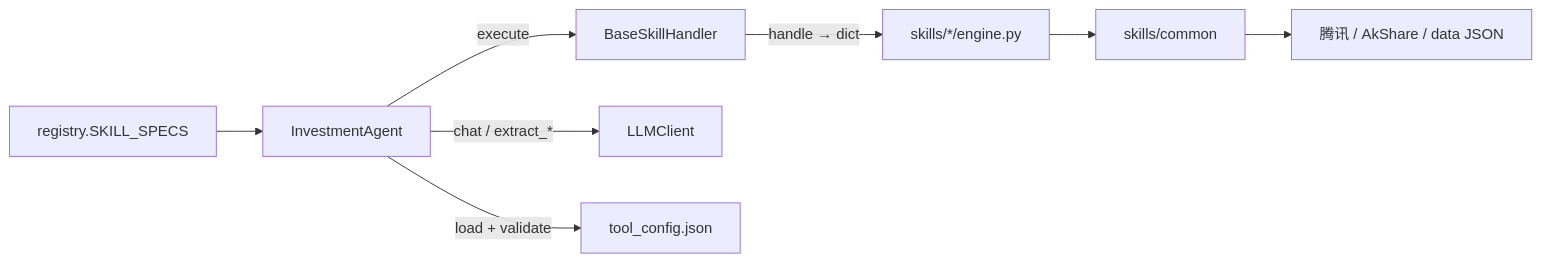
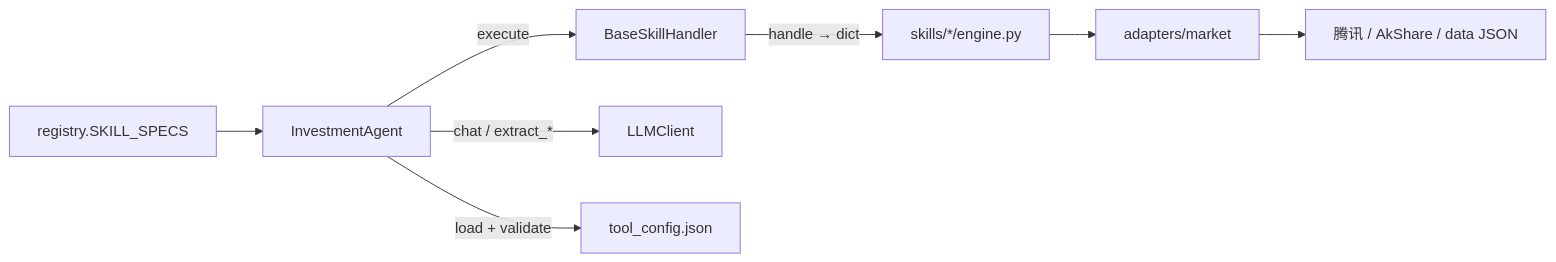
One commit to KaimingGao/workspace_gaokm changed diagram 11 of 16 in investment/docs/architecture.md. Above: the diagram before and after it, drawn with Mermaid. The commit also changed other lines of this file and 113 other files, not shown here.

First line of the commit message:
refactor: 将出站 I/O 从 skills 抽到 adapters，并由 ports.registry 注入

````diff
--- a/investment/docs/architecture.md
+++ b/investment/docs/architecture.md
@@ -675,10 +675,10 @@
 ```mermaid
 flowchart LR
   Reg[registry.SKILL_SPECS] --> Agent[InvestmentAgent]
   Agent -->|execute| H[BaseSkillHandler]
   Agent -->|chat / extract_*| LLM[LLMClient]
   Agent -->|load + validate| CFG[tool_config.json]
   H -->|handle → dict| Eng[skills/*/engine.py]
-  Eng --> Common[skills/common]
+  Eng --> Common[adapters/market]
   Common --> Data[腾讯 / AkShare / data JSON]
 ```
````
